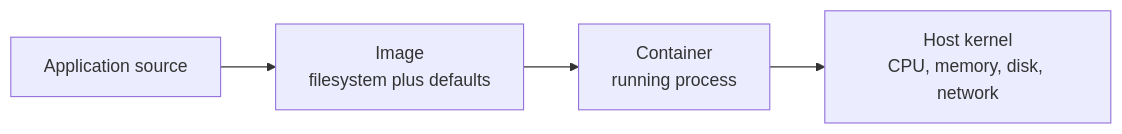
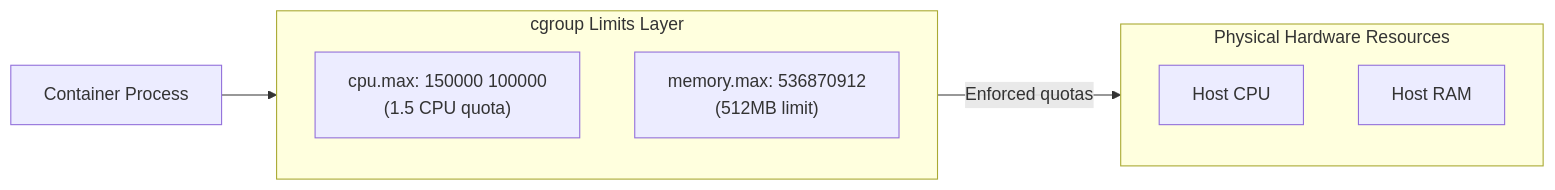
The second of 4 diagrams in containers-orchestration/docker/foundations/what-is-docker.md (senlinyy/dev-roadmaps), drawn with Mermaid before and after one commit. The commit also changed other lines of this file and 101 other files, not shown here.

````diff
--- a/containers-orchestration/docker/foundations/what-is-docker.md
+++ b/containers-orchestration/docker/foundations/what-is-docker.md
@@ -57,9 +131,13 @@
 ```mermaid
 flowchart LR
-    Source["Application source"]
-    Image["Image<br/>filesystem plus defaults"]
-    Container["Container<br/>running process"]
-    Host["Host kernel<br/>CPU, memory, disk, network"]
-
-    Source --> Image --> Container --> Host
+    subgraph ControlGroups["cgroup Limits Layer"]
+        CpuLimit["cpu.max: 150000 100000<br/>(1.5 CPU quota)"]
+        MemLimit["memory.max: 536870912<br/>(512MB limit)"]
+    end
+    subgraph HostResources["Physical Hardware Resources"]
+        HostCpu["Host CPU"]
+        HostRam["Host RAM"]
+    end
+    ProcessA["Container Process"] --> ControlGroups
+    ControlGroups -->|Enforced quotas| HostResources
 ```
````
